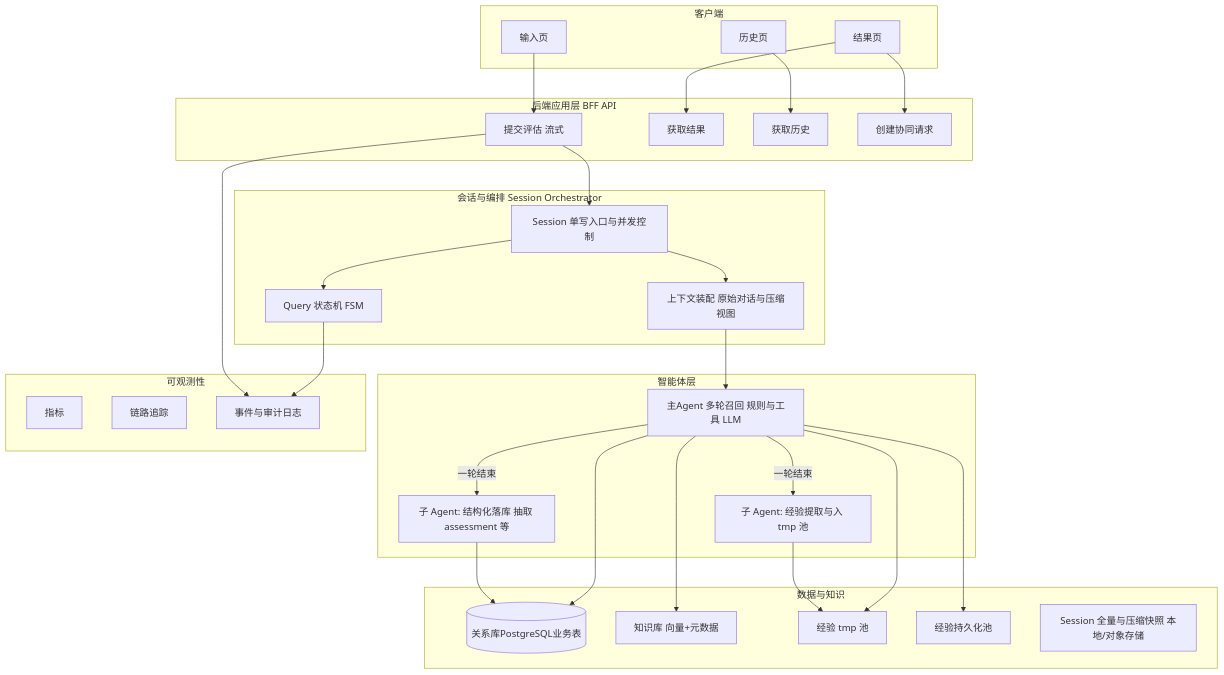
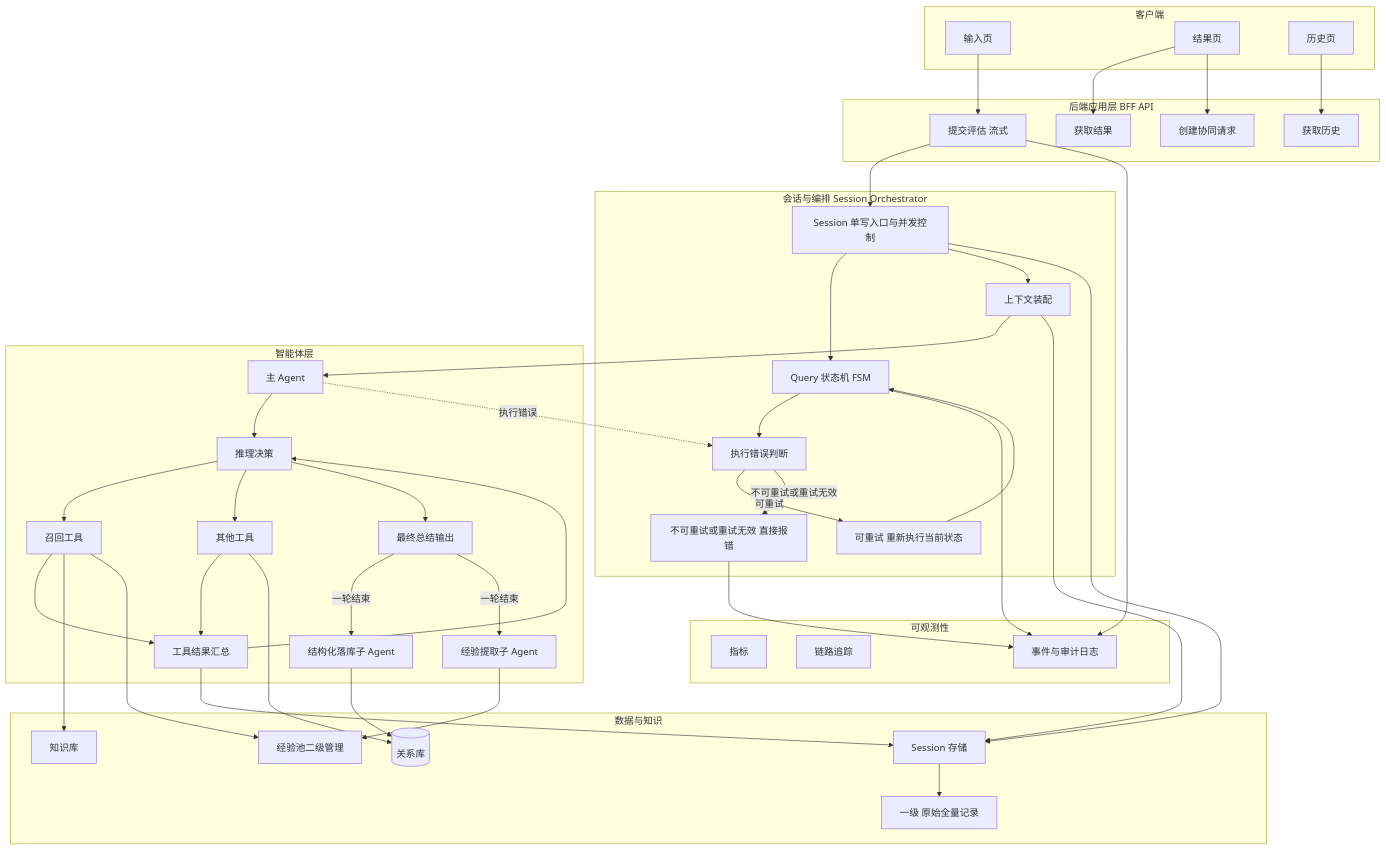
The first of 2 diagrams in docs/Architecture-Design.md (LB-Young/SZ), drawn with Mermaid before and after one commit. The commit also changed other lines of this file, not shown here.

````diff
--- a/docs/Architecture-Design.md
+++ b/docs/Architecture-Design.md
@@ -19,21 +20,29 @@
   subgraph SessionOrch["会话与编排 Session Orchestrator"]
     SM["Session 单写入口与并发控制"]
     ST["Query 状态机 FSM"]
-    CTX["上下文装配 原始对话与压缩视图"]
+    CTX["上下文装配"]
+    ERR["执行错误判断"]
+    RETRY["可重试 重新执行当前状态"]
+    FAIL["不可重试或重试无效 直接报错"]
   end
 
   subgraph Agents["智能体层"]
-    MA["主Agent 多轮召回 规则与工具 LLM"]
-    SA_Persist["子 Agent: 结构化落库 抽取 assessment 等"]
-    SA_Exp["子 Agent: 经验提取与入 tmp 池"]
+    MA["主 Agent"]
+    AR["推理决策"]
+    RTK["召回工具"]
+    OTK["其他工具"]
+    TR["工具结果汇总"]
+    AO["最终总结输出"]
+    SA_Persist["结构化落库子 Agent"]
+    SA_Exp["经验提取子 Agent"]
   end
 
   subgraph Data["数据与知识"]
-    DB[(关系库PostgreSQL业务表)]
-    KB["知识库 向量+元数据"]
-    ExpTmp["经验 tmp 池"]
-    ExpPer["经验持久化池"]
-    SessStore["Session 全量与压缩快照 本地/对象存储"]
+    DB[(关系库)]
+    KB["知识库"]
+    ExpPool["经验池二级管理"]
+    SessStore["Session 存储"]
+    SessRaw["一级 原始全量记录"]
   end
 
   subgraph Obs["可观测性"]
@@ -50,16 +59,32 @@
   API_Submit --> SM
   SM --> ST
   SM --> CTX
+  ST --> ERR
+  ERR -->|可重试| RETRY
+  RETRY --> ST
+  ERR -->|不可重试或重试无效| FAIL
   CTX --> MA
-  MA --> KB
-  MA --> DB
-  MA --> ExpTmp
-  MA --> ExpPer
+  MA --> AR
+  AR --> RTK
+  AR --> OTK
+  RTK --> TR
+  OTK --> TR
+  TR --> AR
+  AR --> AO
+  RTK --> KB
+  RTK --> ExpPool
+  OTK --> DB
+  MA -.->|执行错误| ERR
+  SM --> SessStore
+  CTX --> SessStore
+  TR --> SessStore
+  SessStore --> SessRaw
 
-  MA -->|一轮结束| SA_Persist
-  MA -->|一轮结束| SA_Exp
+  AO -->|一轮结束| SA_Persist
+  AO -->|一轮结束| SA_Exp
   SA_Persist --> DB
-  SA_Exp --> ExpTmp
+  SA_Exp --> ExpPool
   ST --> LogAgg
+  FAIL --> LogAgg
   API_Submit --> LogAgg
 ```
````
